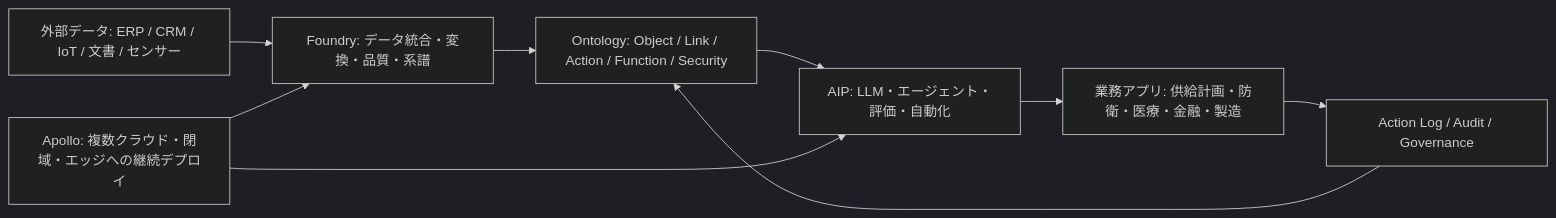
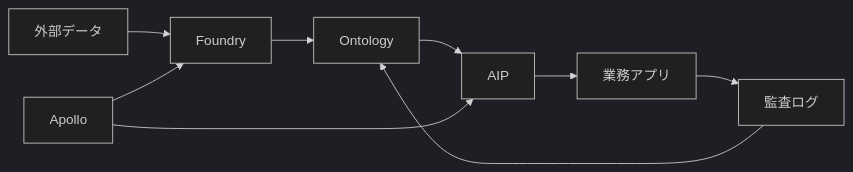
The first of 5 diagrams in src/content/blog/palantir-operational-ai-platform.mdx (daylight55/research), drawn with Mermaid (dark theme) before and after one commit. The commit also changed other lines of this file and 20 other files, not shown here.

Commit message:
Mermaid図の表示サイズを調整

````diff
--- a/src/content/blog/palantir-operational-ai-platform.mdx
+++ b/src/content/blog/palantir-operational-ai-platform.mdx
@@ -37,11 +37,11 @@
 ```mermaid
 flowchart LR
-  A["外部データ: ERP / CRM / IoT / 文書 / センサー"] --> B["Foundry: データ統合・変換・品質・系譜"]
-  B --> C["Ontology: Object / Link / Action / Function / Security"]
-  C --> D["AIP: LLM・エージェント・評価・自動化"]
-  D --> E["業務アプリ: 供給計画・防衛・医療・金融・製造"]
-  E --> F["Action Log / Audit / Governance"]
+  A["外部データ"] --> B["Foundry"]
+  B --> C["Ontology"]
+  C --> D["AIP"]
+  D --> E["業務アプリ"]
+  E --> F["監査ログ"]
   F --> C
-  G["Apollo: 複数クラウド・閉域・エッジへの継続デプロイ"] --> B
+  G["Apollo"] --> B
   G --> D
 ```
````
